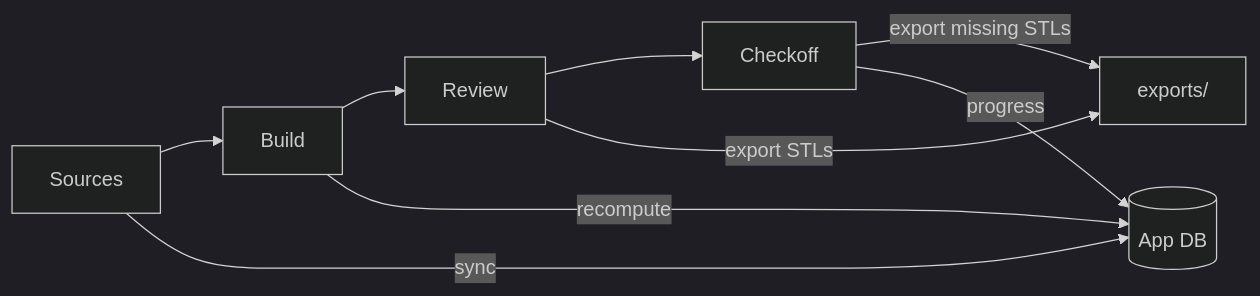
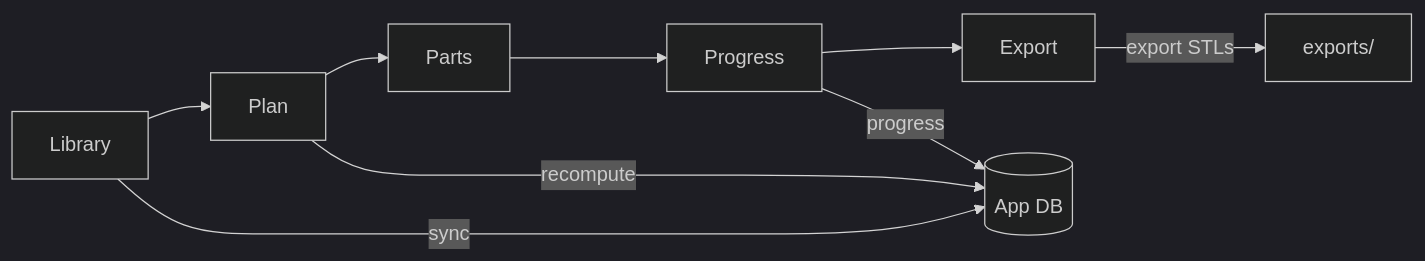
One commit to poitee/PrintPartnerPartner changed the third of 4 diagrams in docs/ARCHITECTURE.md. Above: the diagram before and after it, drawn with Mermaid (dark theme). The commit also changed other lines of this file and 10 other files, not shown here.

````diff
--- a/docs/ARCHITECTURE.md
+++ b/docs/ARCHITECTURE.md
@@ -85,11 +85,11 @@
 ```mermaid
 flowchart LR
-  Sources[Sources] --> Build[Build]
-  Build --> Review[Review]
-  Review --> Checkoff[Checkoff]
-  Sources -->|sync| DB[(App DB)]
-  Build -->|recompute| DB
-  Review -->|export STLs| FS[exports/]
-  Checkoff -->|export missing STLs| FS
-  Checkoff -->|progress| DB
+  Library[Library] --> Plan[Plan]
+  Plan --> Parts[Parts]
+  Parts --> Progress[Progress]
+  Progress --> Export[Export]
+  Library -->|sync| DB[(App DB)]
+  Plan -->|recompute| DB
+  Export -->|export STLs| FS[exports/]
+  Progress -->|progress| DB
 ```
````
